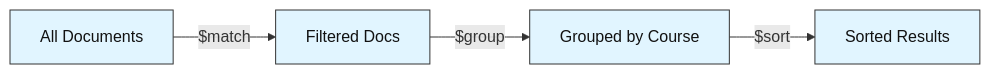
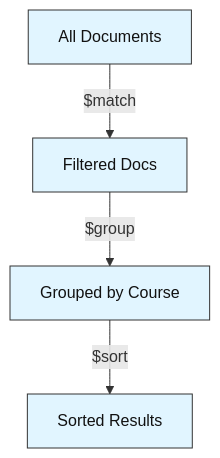
The fifth of 5 diagrams in MongoDB-Labs/Section 1 - Foundations/Lab 1 - Student Records Lookup/lab-1-student-records-lookup.md (CogKnowEdge-Solutions/Context-Memory-Layer), drawn with Mermaid before and after one commit. The commit also changed other lines of this file and 106 other files, not shown here.

````diff
--- a/MongoDB-Labs/Section 1 - Foundations/Lab 1 - Student Records Lookup/lab-1-student-records-lookup.md
+++ b/MongoDB-Labs/Section 1 - Foundations/Lab 1 - Student Records Lookup/lab-1-student-records-lookup.md
@@ -163,11 +266,11 @@
 ```mermaid
-graph LR
+graph TB
     A["All Documents"] -->|"$match"| B["Filtered Docs"]
     B -->|"$group"| C["Grouped by Course"]
     C -->|"$sort"| D["Sorted Results"]
 
     style A fill:#e1f5ff,stroke:#333333,stroke-width:1px,color:#111111
     style B fill:#e1f5ff,stroke:#333333,stroke-width:1px,color:#111111
     style C fill:#e1f5ff,stroke:#333333,stroke-width:1px,color:#111111
     style D fill:#e1f5ff,stroke:#333333,stroke-width:1px,color:#111111
 ```
````
